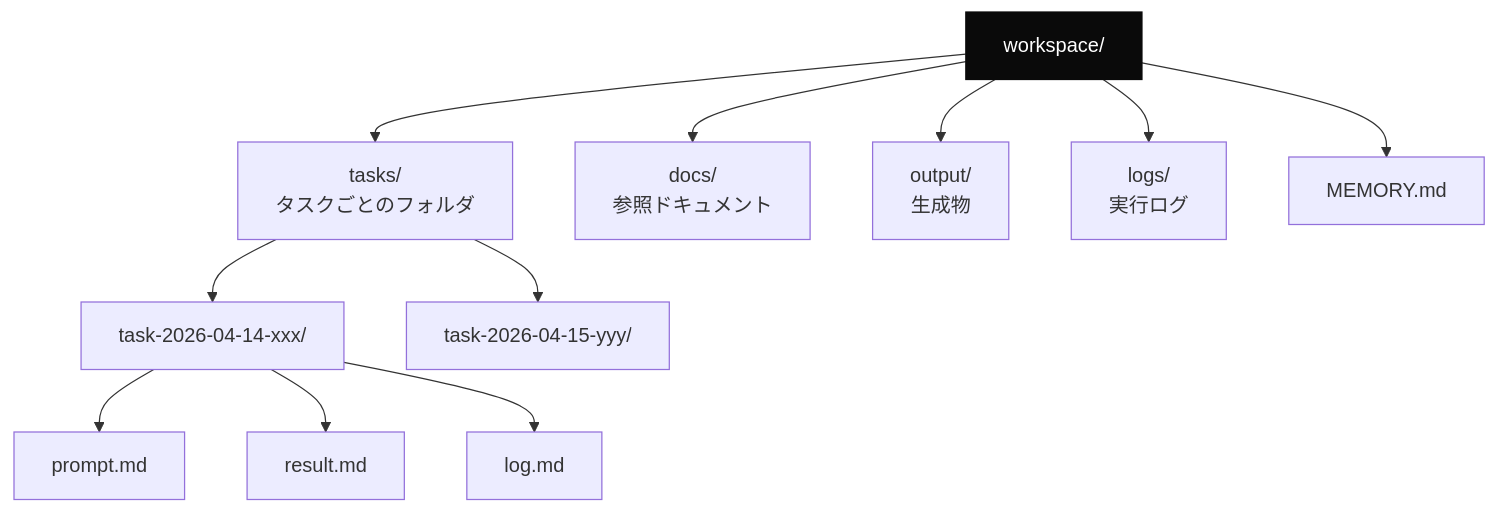
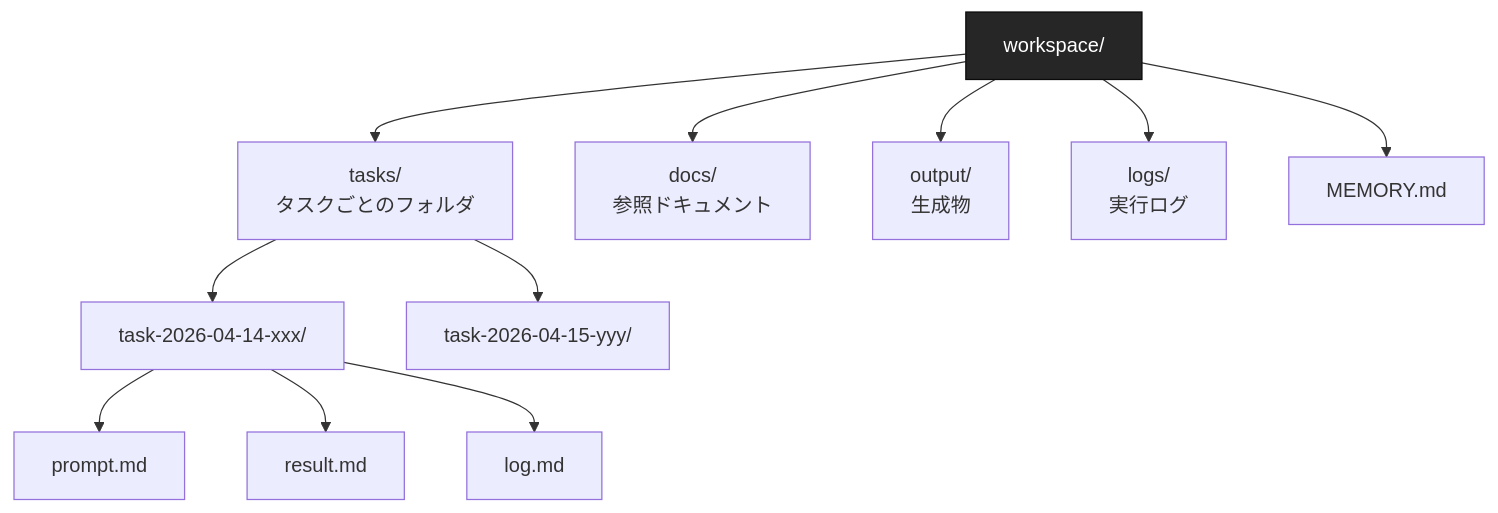
One commit to dinekt/dinekt-wiki changed the first of 3 diagrams in docs/techniques/エージェント専用ワークスペースのディレクトリ設計.md. Above: the diagram before and after it, drawn with Mermaid. The commit also changed other lines of this file and 71 other files, not shown here.

First line of the commit message:
fix: mermaid readability + remove GitHub repo toolbar

````diff
--- a/docs/techniques/エージェント専用ワークスペースのディレクトリ設計.md
+++ b/docs/techniques/エージェント専用ワークスペースのディレクトリ設計.md
@@ -23,17 +23,17 @@
 ```mermaid
 flowchart TD
     W[workspace/] --> T[tasks/<br/>タスクごとのフォルダ]
     W --> D[docs/<br/>参照ドキュメント]
     W --> O[output/<br/>生成物]
     W --> L[logs/<br/>実行ログ]
     W --> M[MEMORY.md]
 
     T --> T1[task-2026-04-14-xxx/]
     T --> T2[task-2026-04-15-yyy/]
 
     T1 --> P[prompt.md]
     T1 --> R[result.md]
     T1 --> LOG[log.md]
 
-    style W fill:#0a0a0a,color:#fff,stroke:#0a0a0a
+    style W fill:#262626,color:#fff,stroke:#0a0a0a
 ```
````
